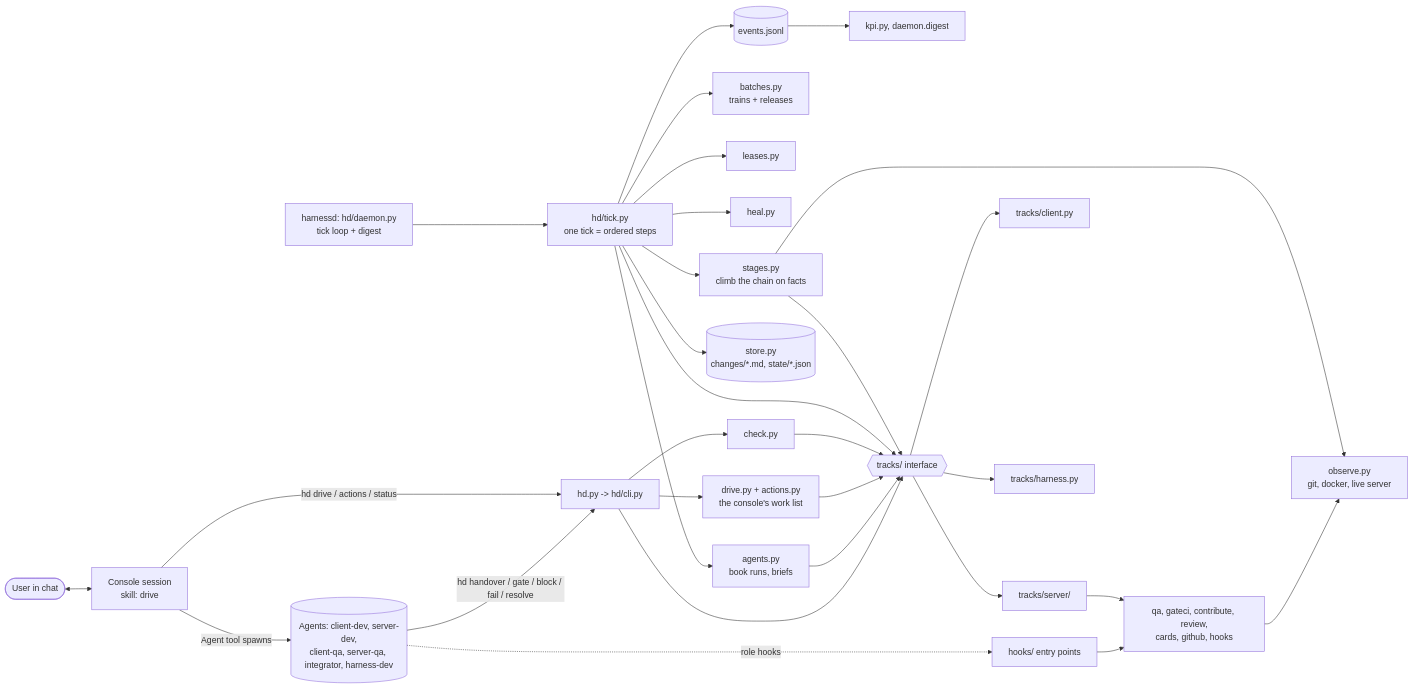
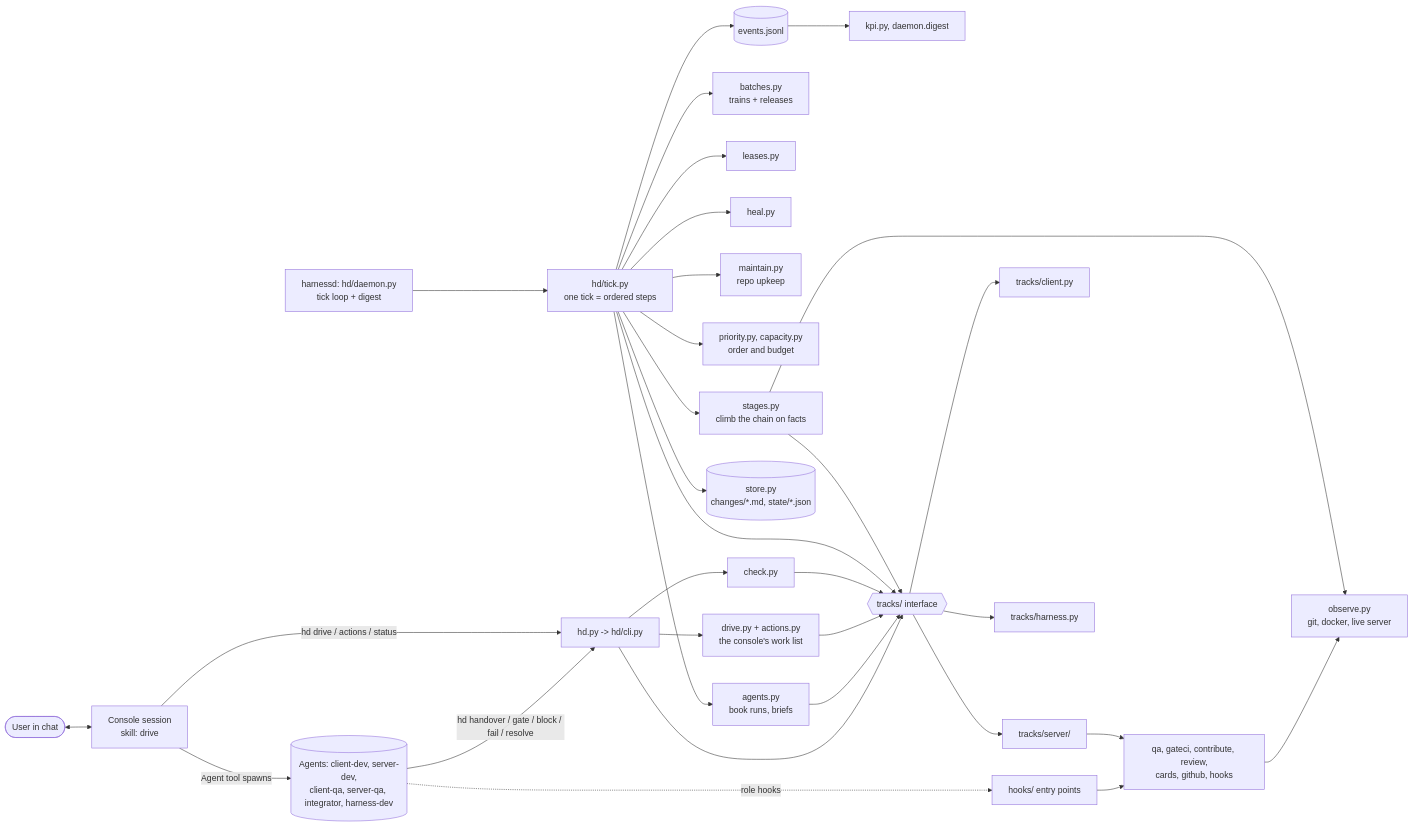
One commit to AlexPerrin/osrs-harness changed the first of 7 diagrams in docs/ARCHITECTURE.md. Above: the diagram before and after it, drawn with Mermaid. The commit also changed other lines of this file and 28 other files, not shown here.

First line of the commit message:
v6 core (part A): capacity classes, one cross-track priority order, durable holds, no timers, maintenance tick

````diff
--- a/docs/ARCHITECTURE.md
+++ b/docs/ARCHITECTURE.md
@@ -19,21 +19,21 @@
 ```mermaid
 flowchart LR
   user([User in chat]) <--> console[Console session<br/>skill: drive]
   console -- "hd drive / actions / status" --> cli[hd.py -> hd/cli.py]
   console -- "Agent tool spawns" --> agents[(Agents: client-dev, server-dev,<br/>client-qa, server-qa, integrator, harness-dev)]
   agents -- "hd handover / gate / block / fail / resolve" --> cli
   agents -. "role hooks" .-> hooks[hooks/ entry points]
   daemon[harnessd: hd/daemon.py<br/>tick loop + digest] --> tick[hd/tick.py<br/>one tick = ordered steps]
   tick --> stages[stages.py<br/>climb the chain on facts]
   tick --> batches[batches.py<br/>trains + releases]
-  tick --> leases[leases.py] & heal[heal.py] & agentsmod[agents.py<br/>book runs, briefs]
+  tick --> leases[leases.py] & heal[heal.py] & maintain[maintain.py<br/>repo upkeep] & plan[priority.py, capacity.py<br/>order and budget] & agentsmod[agents.py<br/>book runs, briefs]
   tick --> store[(store.py<br/>changes/*.md, state/*.json)]
   tick --> events[(events.jsonl)] --> kpi[kpi.py, daemon.digest]
   cli --> check[check.py] & drive[drive.py + actions.py<br/>the console's work list]
   stages & tick & check & drive & agentsmod & cli --> iface{{tracks/ interface}}
   iface --> client[tracks/client.py] & harness[tracks/harness.py] & server[tracks/server/]
   server --> srv[qa, gateci, contribute, review,<br/>cards, github, hooks]
   hooks --> srv
   stages --> observe[observe.py<br/>git, docker, live server]
   srv --> observe
 ```
````
